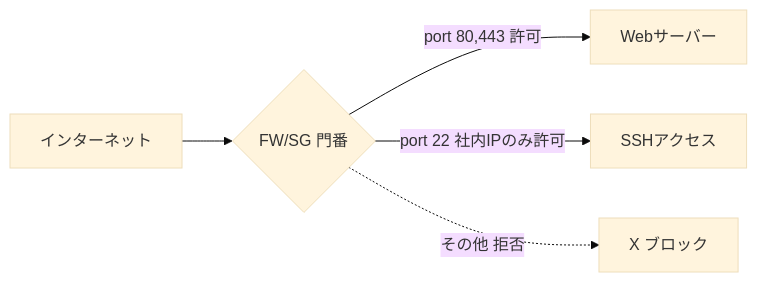
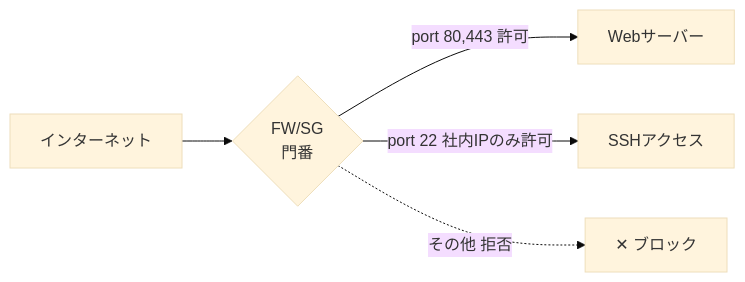
Diagram 16 of 18 in training/basics.md (x86-unix/docs), drawn with Mermaid (base theme) before and after one commit. The commit also changed other lines of this file, not shown here.

````diff
--- a/training/basics.md
+++ b/training/basics.md
@@ -610,7 +1117,7 @@
 ```mermaid
 graph LR
-    Internet[インターネット] --> FW{"FW/SG 門番"}
-    FW -->|"port 80,443 許可"| Web[Webサーバー]
-    FW -->|"port 22 社内IPのみ許可"| SSH[SSHアクセス]
-    FW -.->|その他 拒否| X["X ブロック"]
+    Internet[インターネット] --> FW{FW/SG<br/>門番}
+    FW -->|port 80,443 許可| Web[Webサーバー]
+    FW -->|port 22 社内IPのみ許可| SSH[SSHアクセス]
+    FW -.->|その他 拒否| X[✕ ブロック]
 ```
````
